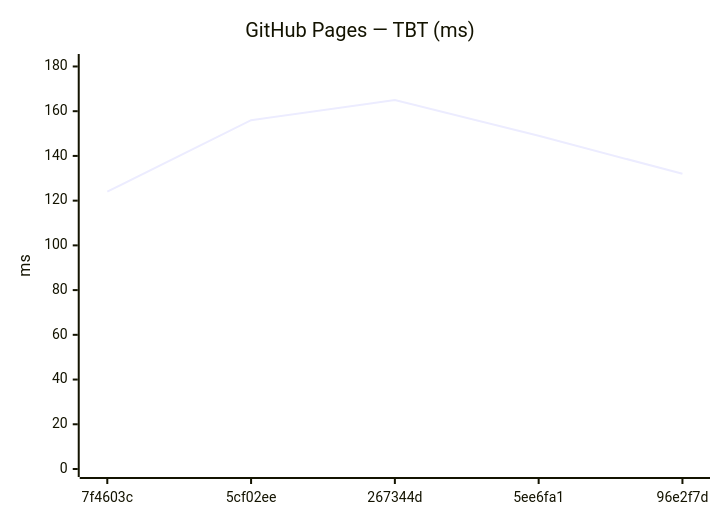
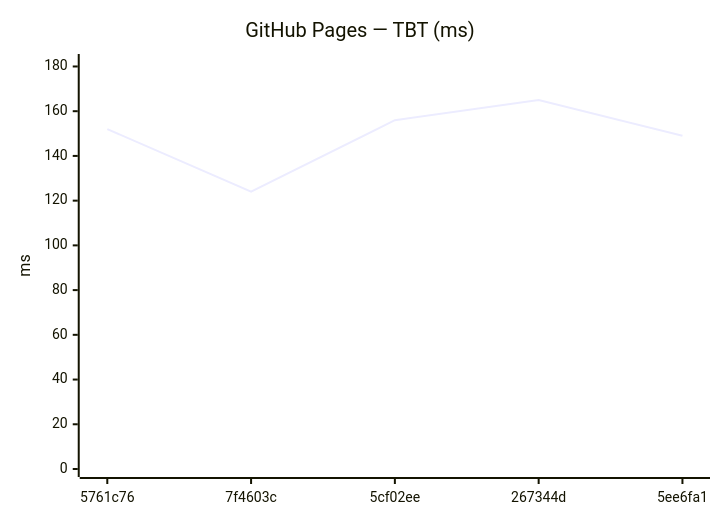
One commit to Metaheurist/Rianell changed the tenth of 18 diagrams in benchmarks/compare.md. Above: the diagram before and after it, drawn with Mermaid. The commit also changed other lines of this file and 11 other files, not shown here.

````diff
--- a/benchmarks/compare.md
+++ b/benchmarks/compare.md
@@ -149,7 +149,7 @@
 ```mermaid
 xychart-beta
     title "GitHub Pages — TBT (ms)"
-    x-axis ["7f4603c", "5cf02ee", "267344d", "5ee6fa1", "96e2f7d"]
+    x-axis ["5761c76", "7f4603c", "5cf02ee", "267344d", "5ee6fa1"]
     y-axis "ms" 0 --> 182
-    line [124, 156, 165, 149, 132]
+    line [152, 124, 156, 165, 149]
 ```
````
